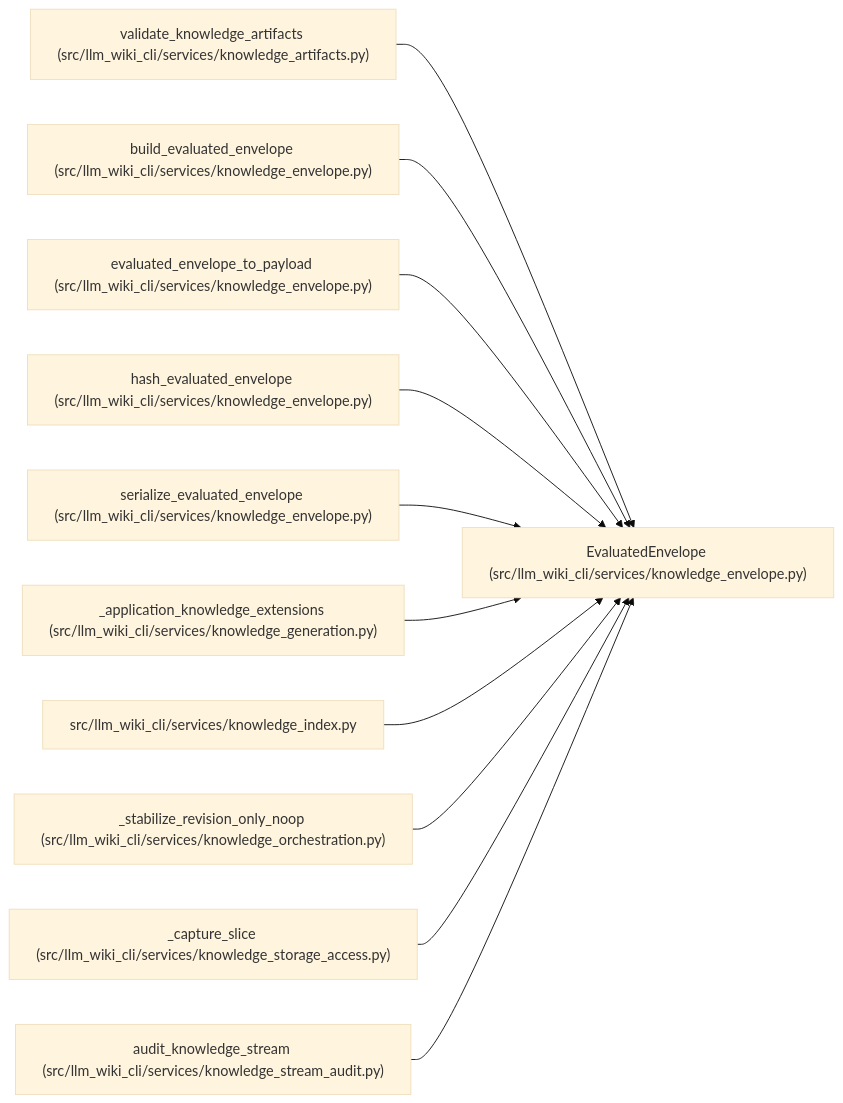
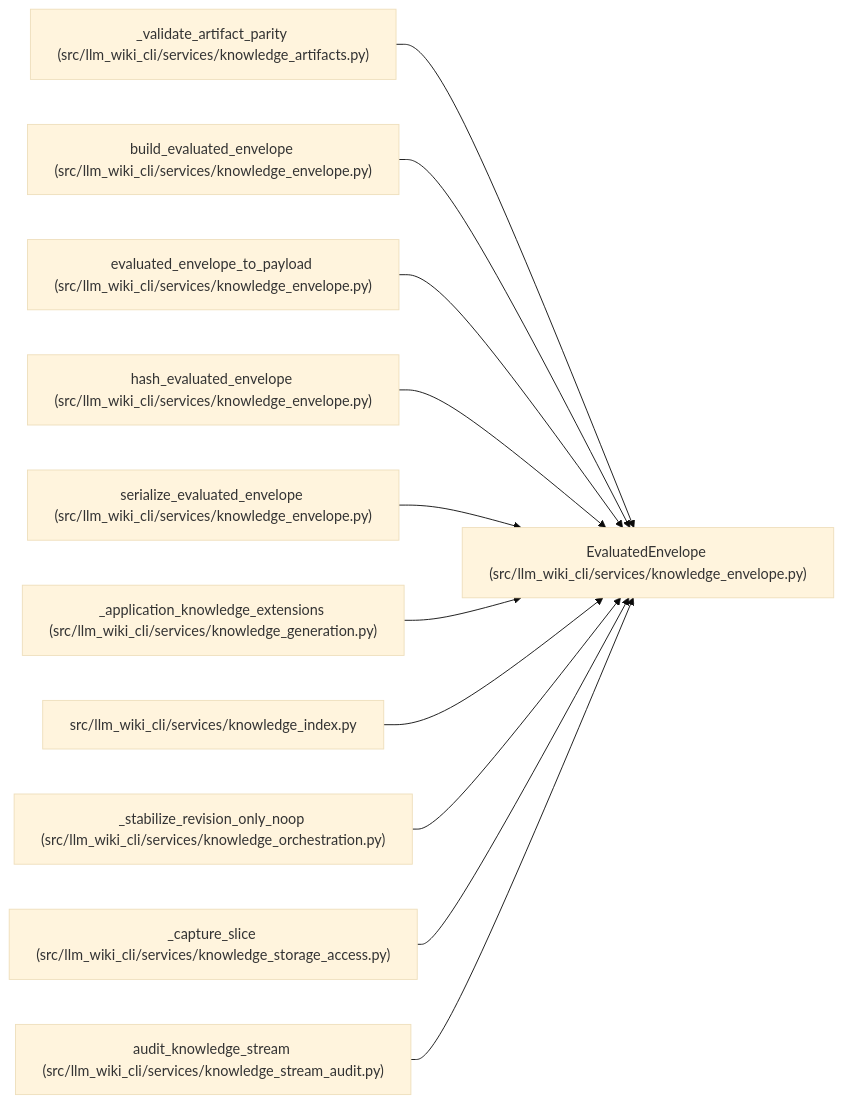
The diagram in docs/llm_wiki/entities/EvaluatedEnvelope.md (Denissvgn/python-wiki-llm), drawn with Mermaid (base theme) before and after one commit. The commit also changed other lines of this file and 627 other files, not shown here.

````diff
--- a/docs/llm_wiki/entities/EvaluatedEnvelope.md
+++ b/docs/llm_wiki/entities/EvaluatedEnvelope.md
@@ -33,35 +33,35 @@
 ```mermaid
 flowchart LR
     n0["EvaluatedEnvelope (src/llm_wiki_cli/services/knowledge_envelope.py)"]
-    n1["validate_knowledge_artifacts (src/llm_wiki_cli/services/knowledge_artifacts.py)"]
+    n1["_validate_artifact_parity (src/llm_wiki_cli/services/knowledge_artifacts.py)"]
     n2["build_evaluated_envelope (src/llm_wiki_cli/services/knowledge_envelope.py)"]
     n3["evaluated_envelope_to_payload (src/llm_wiki_cli/services/knowledge_envelope.py)"]
     n4["hash_evaluated_envelope (src/llm_wiki_cli/services/knowledge_envelope.py)"]
     n5["serialize_evaluated_envelope (src/llm_wiki_cli/services/knowledge_envelope.py)"]
     n6["_application_knowledge_extensions (src/llm_wiki_cli/services/knowledge_generation.py)"]
     n7["src/llm_wiki_cli/services/knowledge_index.py"]
     n8["_stabilize_revision_only_noop (src/llm_wiki_cli/services/knowledge_orchestration.py)"]
     n9["_capture_slice (src/llm_wiki_cli/services/knowledge_storage_access.py)"]
     n10["audit_knowledge_stream (src/llm_wiki_cli/services/knowledge_stream_audit.py)"]
     n1 --> n0
     n2 --> n0
     n3 --> n0
     n4 --> n0
     n5 --> n0
     n6 --> n0
     n7 --> n0
     n8 --> n0
     n9 --> n0
     n10 --> n0
     click n0 "../modules/knowledge_envelope.md"
     click n1 "../modules/knowledge_artifacts.md"
     click n2 "../modules/knowledge_envelope.md"
     click n3 "../modules/knowledge_envelope.md"
     click n4 "../modules/knowledge_envelope.md"
     click n5 "../modules/knowledge_envelope.md"
     click n6 "../modules/knowledge_generation.md"
     click n7 "../modules/knowledge_index.md"
     click n8 "../modules/knowledge_orchestration.md"
     click n9 "../modules/knowledge_storage_access.md"
     click n10 "../modules/knowledge_stream_audit.md"
 ```
````
